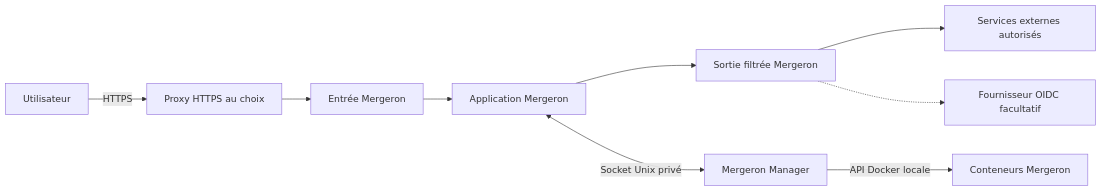
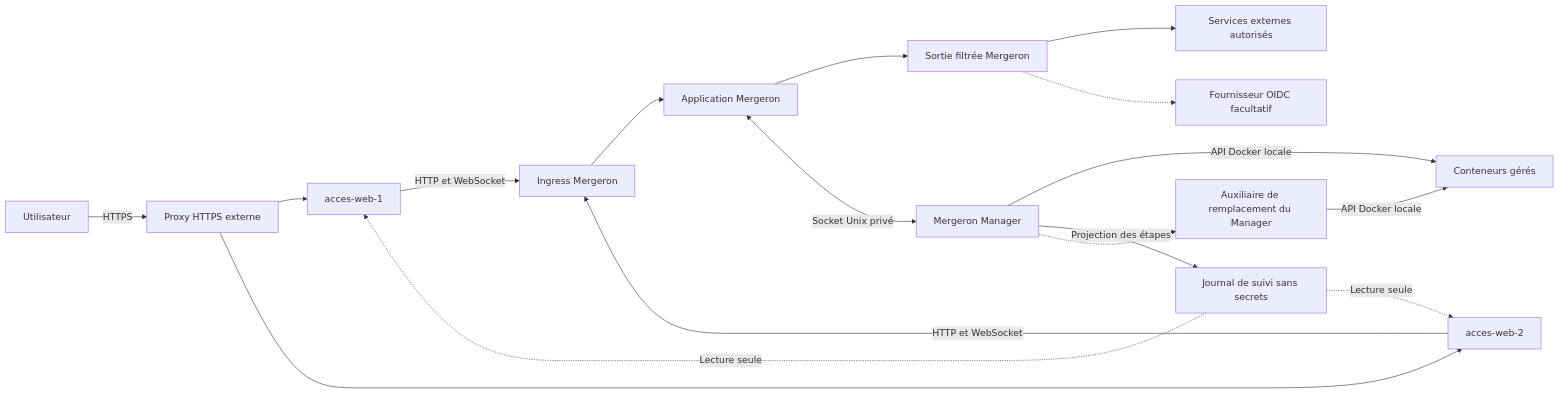
Before and after one commit to maxhugit/mergeron: the diagram in docs/architecture.md, drawn with Mermaid. The commit also changed other lines of this file and 3 other files, not shown here.

Commit message:
docs: explain permanent web relays and supervised update architecture

````diff
--- a/docs/architecture.md
+++ b/docs/architecture.md
@@ -9,11 +13,19 @@
 ```mermaid
 flowchart LR
-    U[Utilisateur] -->|HTTPS| P[Proxy HTTPS au choix]
-    P --> I[Entrée Mergeron]
+    U[Utilisateur] -->|HTTPS| P[Proxy HTTPS externe]
+    P --> R1[acces-web-1]
+    P --> R2[acces-web-2]
+    R1 -->|HTTP et WebSocket| I[Ingress Mergeron]
+    R2 -->|HTTP et WebSocket| I
     I --> A[Application Mergeron]
     A --> E[Sortie filtrée Mergeron]
     E --> X[Services externes autorisés]
     E -.-> S[Fournisseur OIDC facultatif]
-    M[Mergeron Manager] -->|API Docker locale| D[Conteneurs Mergeron]
-    A <-->|Socket Unix privé| M
+    A <-->|Socket Unix privé| M[Mergeron Manager]
+    M -->|API Docker locale| D[Conteneurs gérés]
+    M -->|Projection des étapes| J[Journal de suivi sans secrets]
+    J -.->|Lecture seule| R1
+    J -.->|Lecture seule| R2
+    M -.-> H[Auxiliaire de remplacement du Manager]
+    H -->|API Docker locale| D
 ```
````
